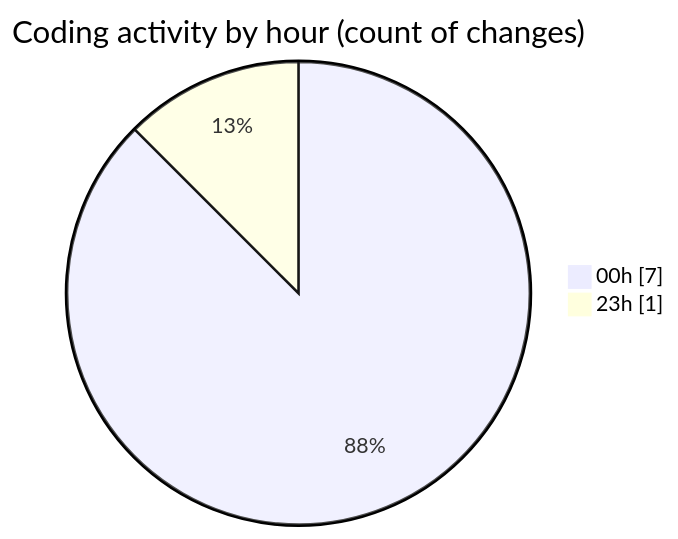
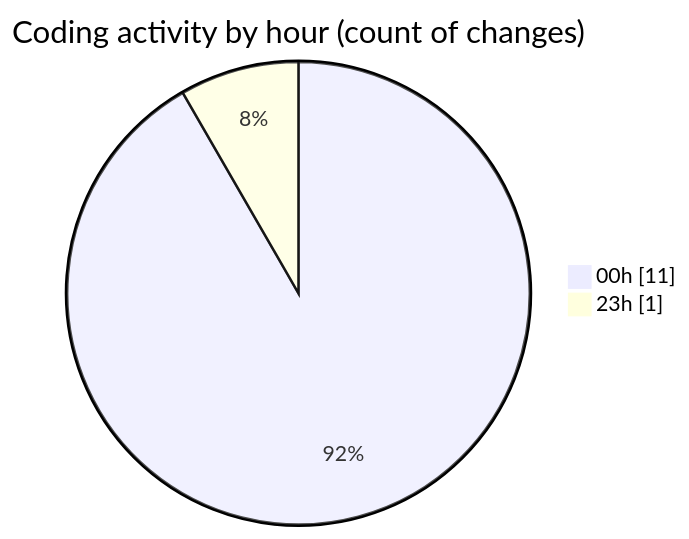
One commit to julien-gomy/code-tracking changed the second of 2 diagrams in 2025-10-17/eventscop-frontend-guide__workspace_/README.md. Above: the diagram before and after it, drawn with Mermaid. The commit also changed other lines of this file and 1 other file, not shown here.

````diff
--- a/2025-10-17/eventscop-frontend-guide__workspace_/README.md
+++ b/2025-10-17/eventscop-frontend-guide__workspace_/README.md
@@ -28,6 +30,6 @@
 ```mermaid
 pie showData
 title Coding activity by hour (count of changes)
-"00h" : 7
+"00h" : 11
 "23h" : 1
 ```
````
